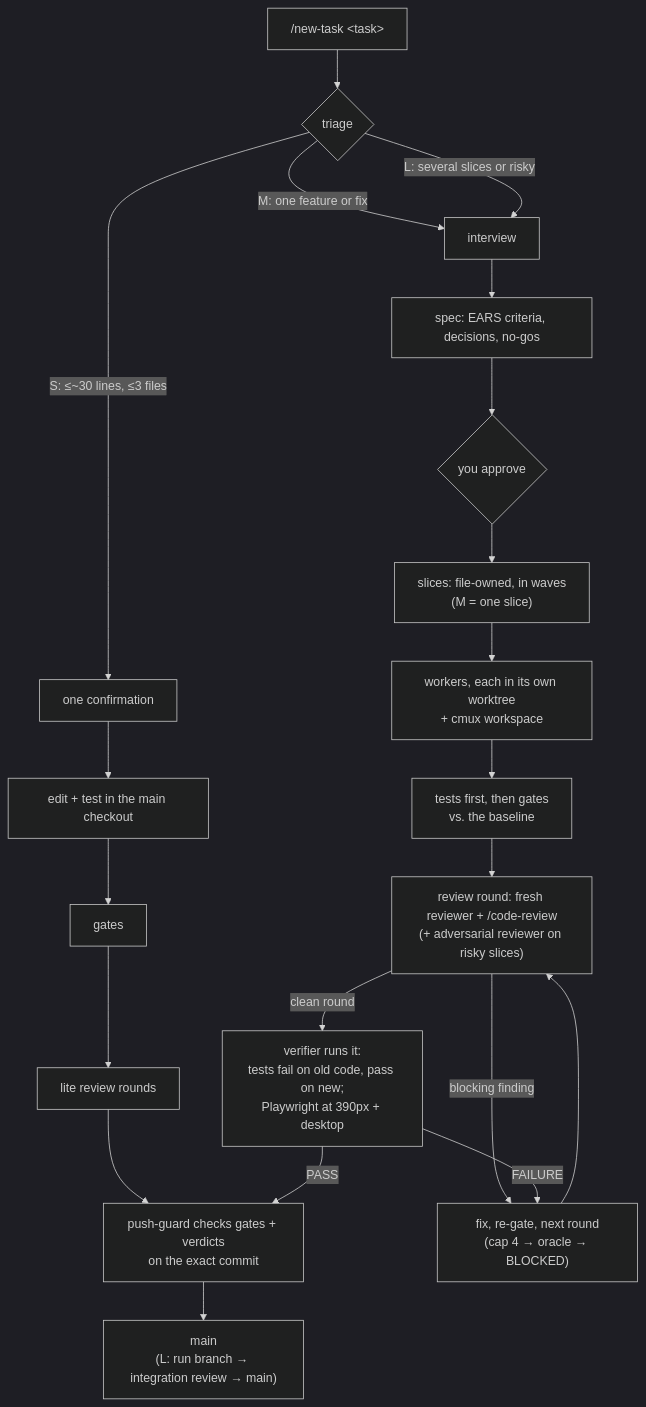
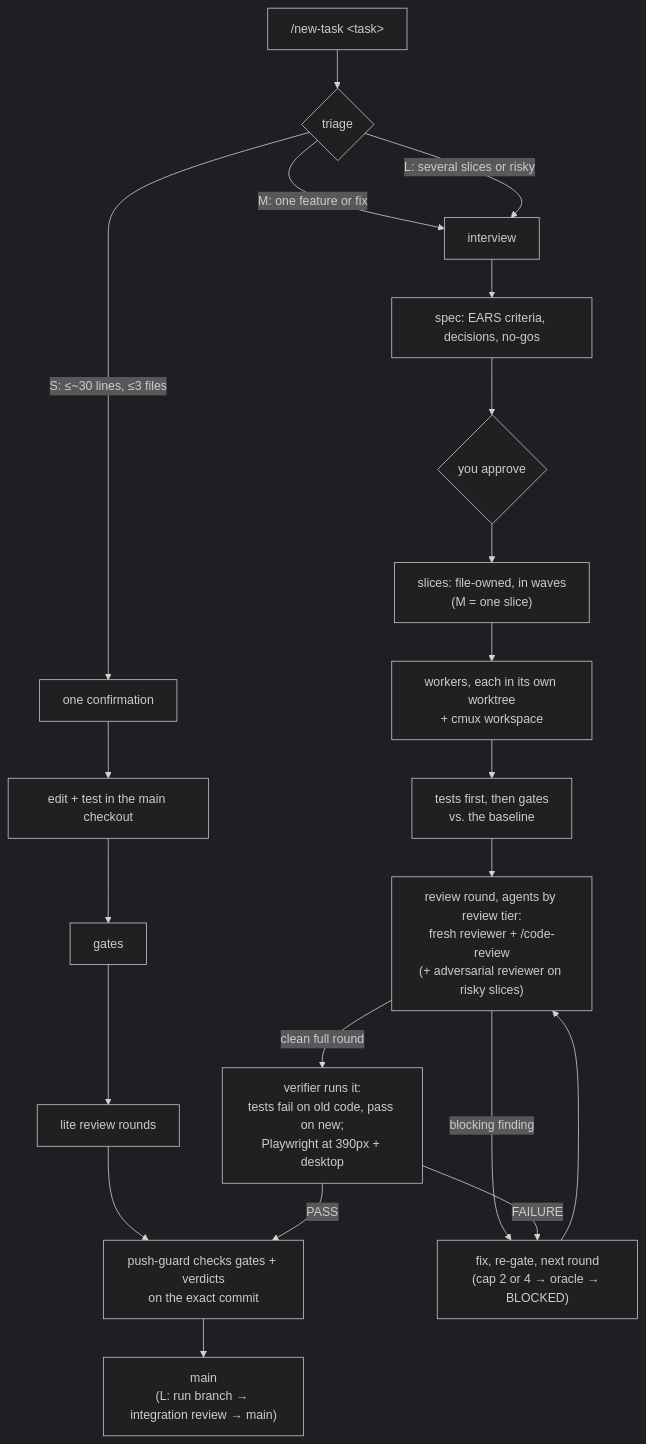
Before and after one commit to amaninderpreetsingh/claude-orchestra: the diagram in README.md, drawn with Mermaid (dark theme). The commit also changed other lines of this file and 8 other files, not shown here.

Commit message:
Review tiers: one review-tier table in worker §4-5 (lite / prose / code / risky / integration), middle rounds on the cumulative fix diff, audit rules each in one owning file, gate-log reuse for reviewers and the verifier

````diff
--- a/README.md
+++ b/README.md
@@ -11,17 +11,17 @@
 ```mermaid
 flowchart TD
   A["/new-task &lt;task&gt;"] --> T{"triage"}
   T -->|"S: ≤~30 lines, ≤3 files"| S1["one confirmation"] --> S2["edit + test in the main checkout"] --> S3["gates"] --> S4["lite review rounds"] --> P
   T -->|"M: one feature or fix"| I["interview"]
   T -->|"L: several slices or risky"| I
   I --> SP["spec: EARS criteria, decisions, no-gos"] --> AP{"you approve"}
   AP --> SL["slices: file-owned, in waves<br/>(M = one slice)"]
   SL --> W["workers, each in its own worktree<br/>+ cmux workspace"]
   W --> G["tests first, then gates<br/>vs. the baseline"]
-  G --> R["review round: fresh reviewer + /code-review<br/>(+ adversarial reviewer on risky slices)"]
-  R -->|"blocking finding"| F["fix, re-gate, next round<br/>(cap 4 → oracle → BLOCKED)"] --> R
-  R -->|"clean round"| V["verifier runs it:<br/>tests fail on old code, pass on new;<br/>Playwright at 390px + desktop"]
+  G --> R["review round, agents by review tier:<br/>fresh reviewer + /code-review<br/>(+ adversarial reviewer on risky slices)"]
+  R -->|"blocking finding"| F["fix, re-gate, next round<br/>(cap 2 or 4 → oracle → BLOCKED)"] --> R
+  R -->|"clean full round"| V["verifier runs it:<br/>tests fail on old code, pass on new;<br/>Playwright at 390px + desktop"]
   V -->|"FAILURE"| F
   V -->|"PASS"| P["push-guard checks gates + verdicts<br/>on the exact commit"]
   P --> M["main<br/>(L: run branch → integration review → main)"]
 ```
````
